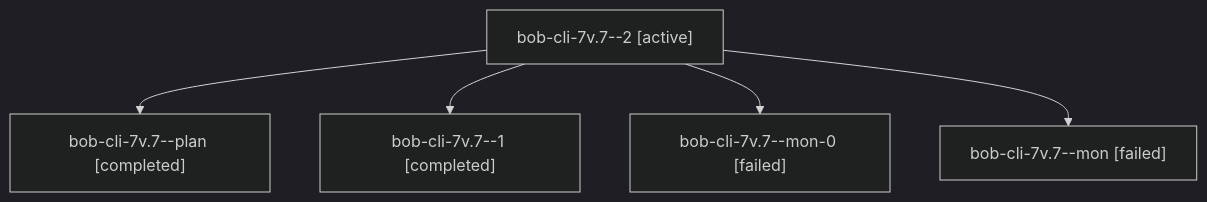
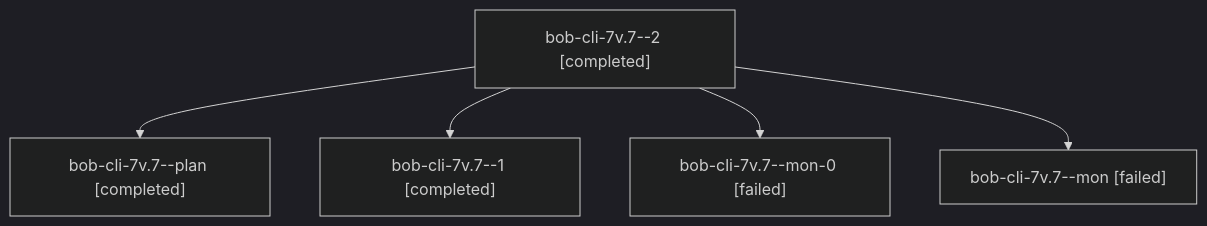
One commit to bobs-org/bob-cli--agents changed the diagram in sessions/bbugyi200.athena.bob-cli-7v.7.md. Above: the diagram before and after it, drawn with Mermaid (dark theme). The commit also changed other lines of this file and 71 other files, not shown here.

````diff
--- a/sessions/bbugyi200.athena.bob-cli-7v.7.md
+++ b/sessions/bbugyi200.athena.bob-cli-7v.7.md
@@ -9,12 +9,12 @@
 ```mermaid
 flowchart TD
-  n0["bob-cli-7v.7--2 [active]"]
+  n0["bob-cli-7v.7--2 [completed]"]
   n1["bob-cli-7v.7--plan [completed]"]
   n0 --> n1
   n2["bob-cli-7v.7--1 [completed]"]
   n0 --> n2
   n3["bob-cli-7v.7--mon-0 [failed]"]
   n0 --> n3
   n4["bob-cli-7v.7--mon [failed]"]
   n0 --> n4
 ```
````
